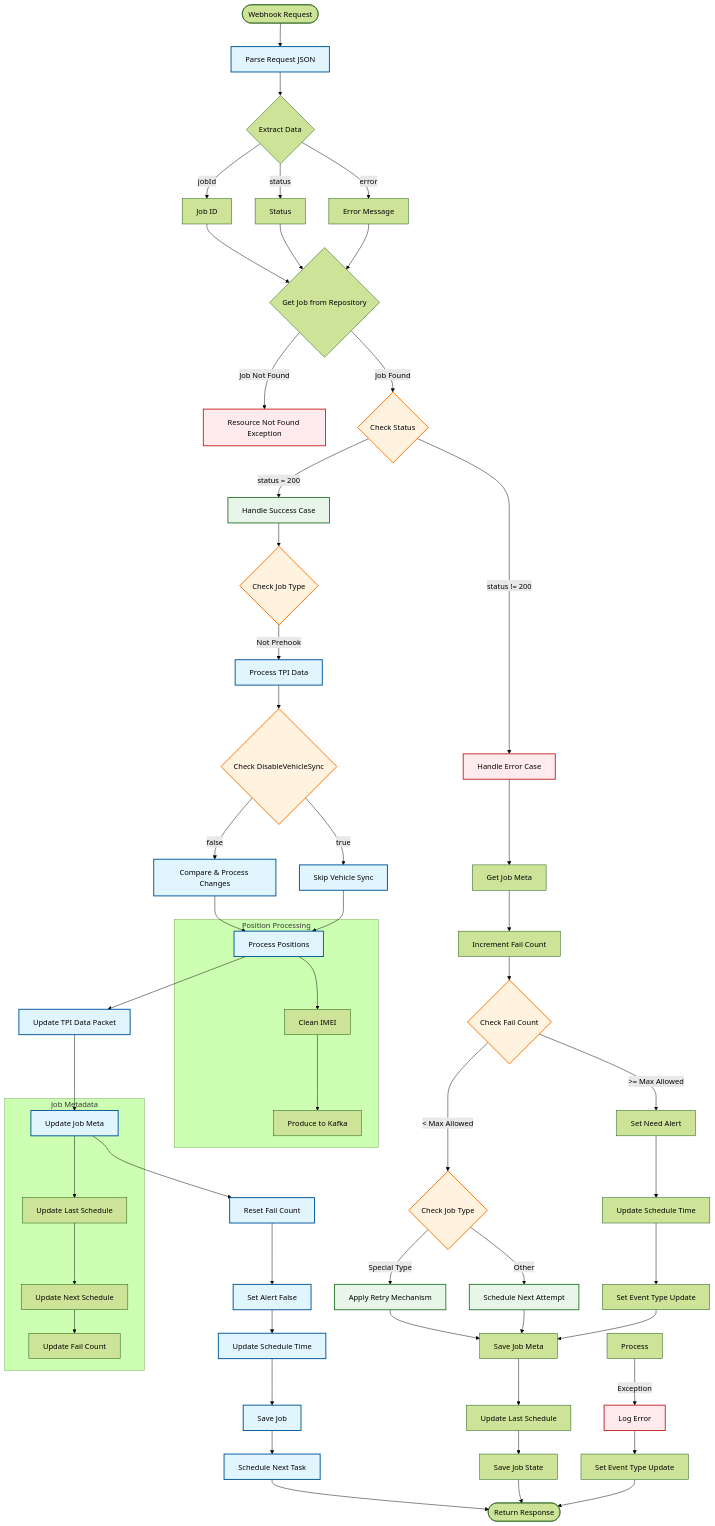
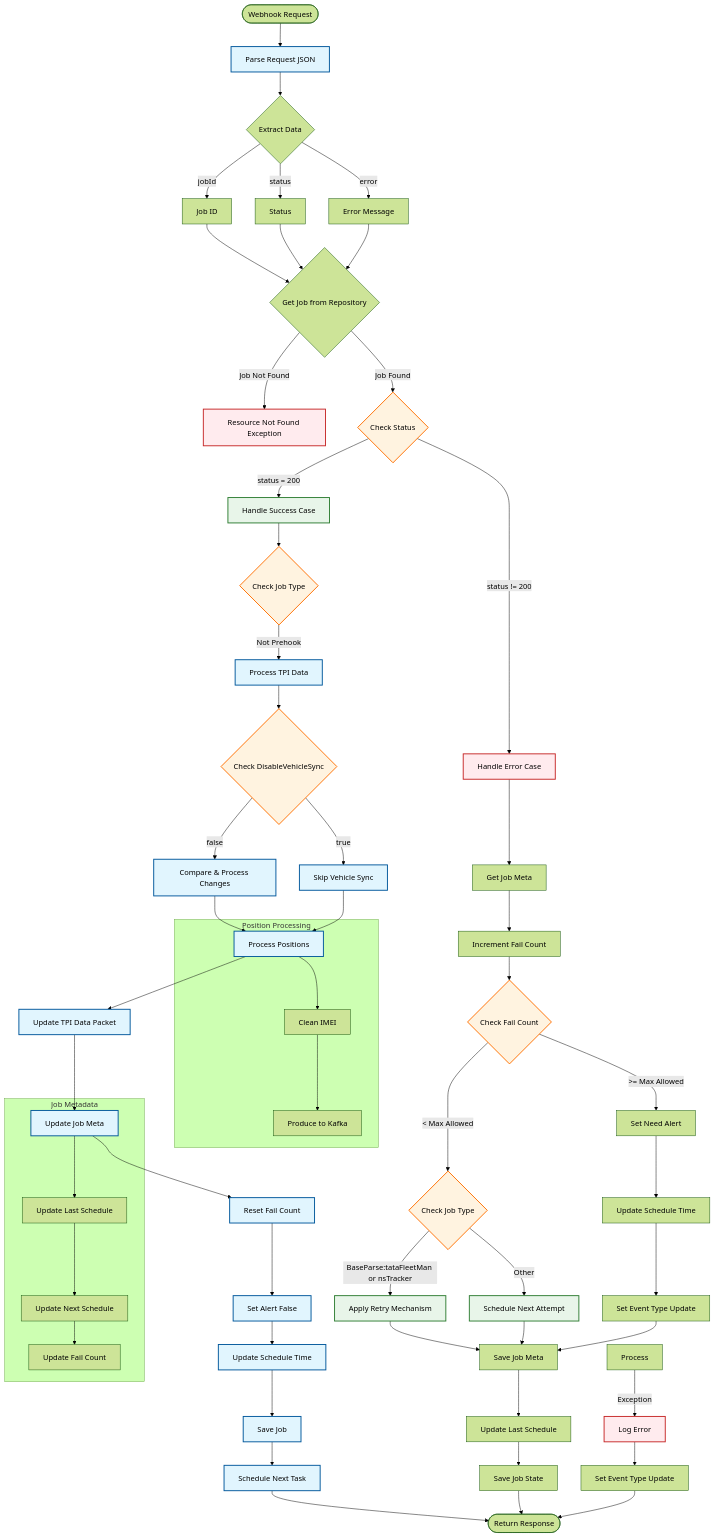
The diagram in TPI/WebhookAPI.mermaid (sahilFretron/myPush), drawn with Mermaid (forest theme) before and after one commit.

```diff
--- a/TPI/WebhookAPI.mermaid
+++ b/TPI/WebhookAPI.mermaid
@@ -1,81 +1,81 @@
 flowchart TD
     Start([Webhook Request]) --> A[Parse Request JSON]
     A --> B{Extract Data}
     B --> |jobId| C[Job ID]
     B --> |status| D[Status]
     B --> |error| E[Error Message]
     
     C & D & E --> F{Get Job from Repository}
     F -->|Job Not Found| G[Resource Not Found Exception]
     
     F -->|Job Found| H{Check Status}
     
     %% Success Flow
     H -->|status = 200| I[Handle Success Case]
     I --> J{Check Job Type}
     J -->|Not Prehook| K[Process TPI Data]
     
     K --> L{Check DisableVehicleSync}
     L -->|false| M[Compare & Process Changes]
     L -->|true| N[Skip Vehicle Sync]
     
     M & N --> O[Process Positions]
     O --> P[Update TPI Data Packet]
     
     %% Common Success Steps
     P --> Q[Update Job Meta]
     Q --> R[Reset Fail Count]
     R --> S[Set Alert False]
     S --> T[Update Schedule Time]
     T --> U[Save Job]
     U --> V[Schedule Next Task]
     
     %% Error Flow
     H -->|status != 200| W[Handle Error Case]
     W --> X[Get Job Meta]
     X --> Y[Increment Fail Count]
     
     Y --> Z{Check Fail Count}
     Z -->|< Max Allowed| AA{Check Job Type}
-    AA -->|Special Type| AB[Apply Retry Mechanism]
+    AA -->|BaseParse:tataFleetMan or nsTracker| AB[Apply Retry Mechanism]
     AA -->|Other| AC[Schedule Next Attempt]
     
     Z -->|>= Max Allowed| AD[Set Need Alert]
     AD --> AE[Update Schedule Time]
     AE --> AF[Set Event Type Update]
     
     AB & AC & AF --> AG[Save Job Meta]
     AG --> AH[Update Last Schedule]
     AH --> AI[Save Job State]
     
     %% Final Steps
     V & AI --> End([Return Response])
     
     %% Error Handling
     Process -->|Exception| ErrorLog[Log Error]
     ErrorLog --> ErrorUpdate[Set Event Type Update]
     ErrorUpdate --> End
     
     %% Subgraph for Position Processing
     subgraph Position Processing
         O --> O1[Clean IMEI]
         O1 --> O2[Produce to Kafka]
     end
     
     %% Subgraph for Job Meta Updates
     subgraph Job Metadata
         Q --> Q1[Update Last Schedule]
         Q1 --> Q2[Update Next Schedule]
         Q2 --> Q3[Update Fail Count]
     end
     
     %% Styling
     classDef process fill:#e1f5fe,stroke:#01579b,stroke-width:2px
     classDef decision fill:#fff3e0,stroke:#ff6f00,stroke-width:2px
     classDef error fill:#ffebee,stroke:#c62828,stroke-width:2px
     classDef success fill:#e8f5e9,stroke:#2e7d32,stroke-width:2px
     
     class A,K,M,N,O,P,Q,R,S,T,U,V process
     class H,J,L,Z,AA decision
     class G,W,ErrorLog error
     class I,AB,AC success
```
